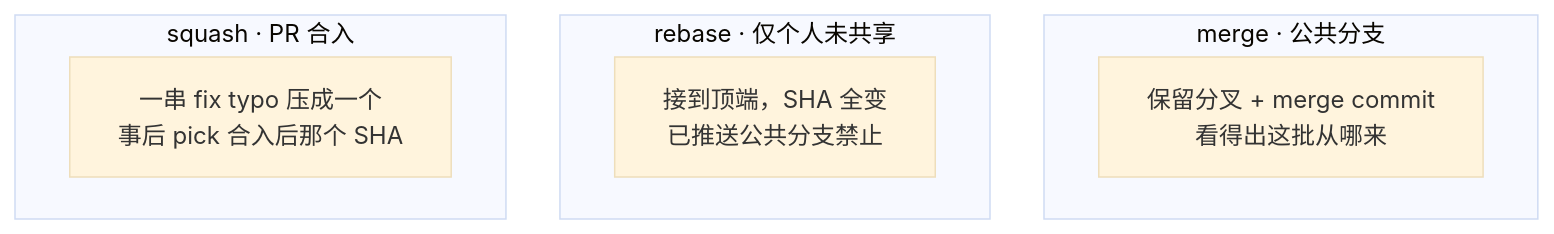
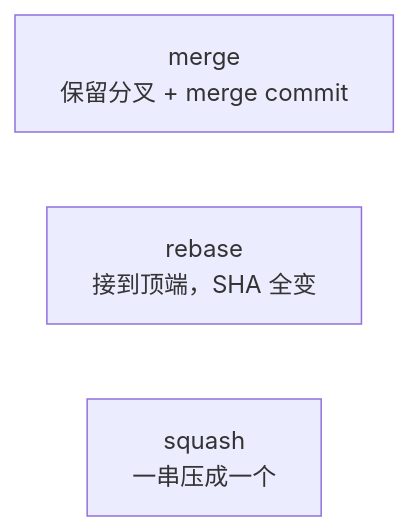
One commit to ml-cuizijun/LearnToLilith changed the third of 7 diagrams in 04-工程化与自动化/01-Git工作流/知识点.md. Above: the diagram before and after it, drawn with Mermaid. The commit also changed other lines of this file and 178 other files, not shown here.

````diff
--- a/04-工程化与自动化/01-Git工作流/知识点.md
+++ b/04-工程化与自动化/01-Git工作流/知识点.md
@@ -142,18 +106,6 @@
 ```mermaid
-%%{init: {"flowchart": {"padding": 16, "nodeSpacing": 36, "rankSpacing": 48}, "theme": "base"}}%%
-flowchart TB
-    subgraph mg ["merge · 公共分支"]
-        m1["保留分叉 + merge commit<br/>看得出这批从哪来"]
-    end
-    subgraph rb ["rebase · 仅个人未共享"]
-        r1["接到顶端，SHA 全变<br/>已推送公共分支禁止"]
-    end
-    subgraph sq ["squash · PR 合入"]
-        s1["一串 fix typo 压成一个<br/>事后 pick 合入后那个 SHA"]
-    end
-
-    class m1 ok
-    class r1 bad
-    class s1 info
-
+flowchart LR
+    M["merge<br/>保留分叉 + merge commit"]
+    R["rebase<br/>接到顶端，SHA 全变"]
+    S["squash<br/>一串压成一个"]
 ```
````
